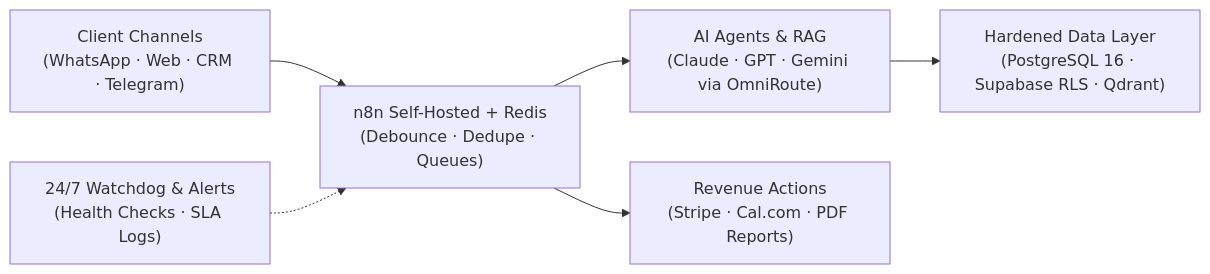
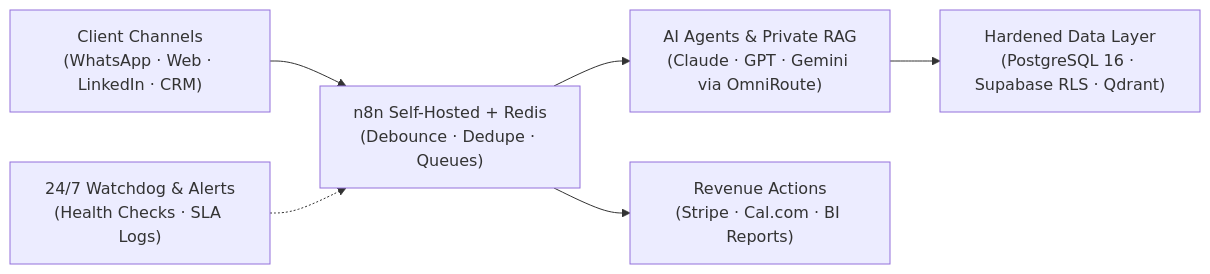
One commit to agenciaiaonline-wq/agenciaiaonline-wq changed the diagram in README.md. Above: the diagram before and after it, drawn with Mermaid. The commit also changed other lines of this file and 1 other file, not shown here.

````diff
--- a/README.md
+++ b/README.md
@@ -46,8 +54,8 @@
 ```mermaid
 flowchart LR
-    Inbound["Client Channels\n(WhatsApp · Web · CRM · Telegram)"] --> Orchestrator["n8n Self-Hosted + Redis\n(Debounce · Dedupe · Queues)"]
-    Orchestrator --> Intelligence["AI Agents & RAG\n(Claude · GPT · Gemini via OmniRoute)"]
+    Inbound["Client Channels\n(WhatsApp · Web · LinkedIn · CRM)"] --> Orchestrator["n8n Self-Hosted + Redis\n(Debounce · Dedupe · Queues)"]
+    Orchestrator --> Intelligence["AI Agents & Private RAG\n(Claude · GPT · Gemini via OmniRoute)"]
     Intelligence --> Data["Hardened Data Layer\n(PostgreSQL 16 · Supabase RLS · Qdrant)"]
-    Orchestrator --> Booking["Revenue Actions\n(Stripe · Cal.com · PDF Reports)"]
+    Orchestrator --> Booking["Revenue Actions\n(Stripe · Cal.com · BI Reports)"]
     Monitor["24/7 Watchdog & Alerts\n(Health Checks · SLA Logs)"] -.-> Orchestrator
 ```
````
